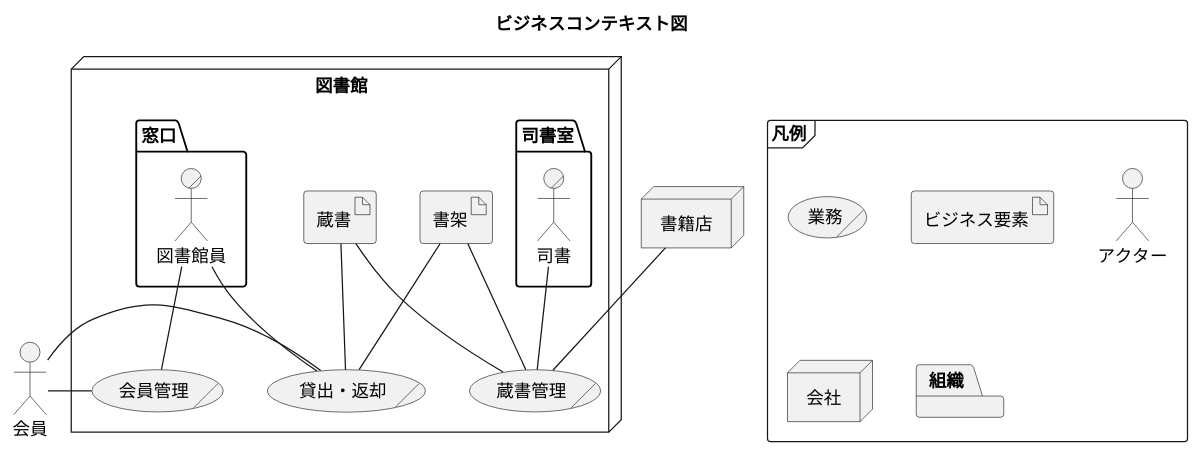
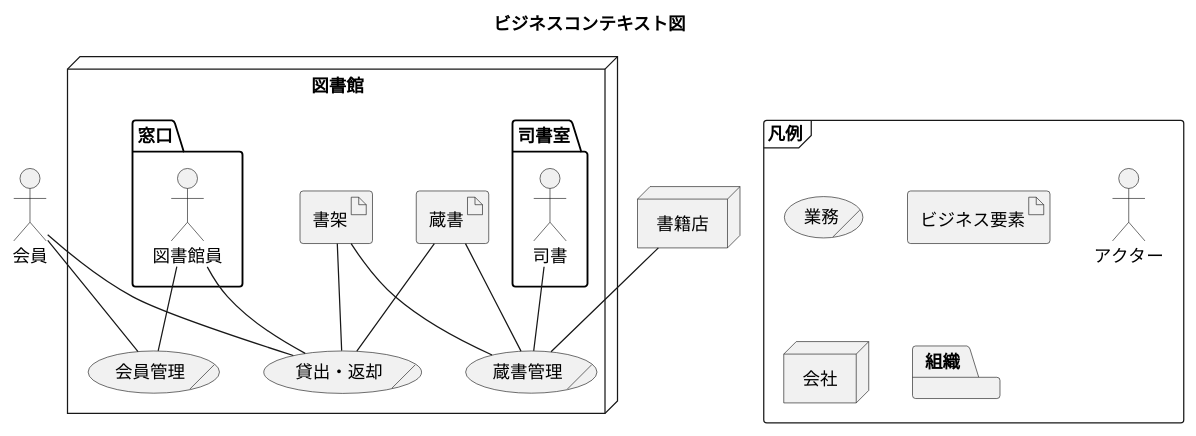
Before and after one commit to yamakenji/RDRA_PlantUML_Template: the diagram in 2_SysytemEnvironment/BusinessContextModel.puml, drawn with PlantUML. The commit also changed 1 other file, not shown here.

```diff
--- a/2_SysytemEnvironment/BusinessContextModel.puml
+++ b/2_SysytemEnvironment/BusinessContextModel.puml
@@ -1,61 +1,61 @@
 @startuml
 
 title "ビジネスコンテキスト図"
 
 frame 凡例 {
   ' 業務
   usecase/ "業務"
 
   ' ビジネス要素
   artifact "ビジネス要素"
 
   ' アクター
   actor "アクター"
 
   ' 会社
   node "会社"
 
   ' 組織
   package "組織"
 }
 
 '''''
 ' 図書館システムの例
 '''''
 
 actor "会員" as Member
 
 node 図書館 {
   Package "窓口" {
-      actor/ "図書館員" as Staff
+      actor "図書館員" as Staff
   }
 
   Package "司書室" {
-      actor/ "司書" as Librarian
+      actor "司書" as Librarian
   }
 
   usecase/ "会員管理" as MemberManagement
   usecase/ "貸出・返却" as LendingAndReturning
   usecase/ "蔵書管理" as CollectionsManagement
 
   artifact "蔵書" as LibraryCollections
   artifact "書架" as Bookshelf
 }
 
 node 書籍店 as BookStore
 
 ' 関連
-Member - MemberManagement
+Member -- MemberManagement
 Staff -- MemberManagement
 
 Member - LendingAndReturning
 Staff -- LendingAndReturning
 LibraryCollections -- LendingAndReturning
 Bookshelf -- LendingAndReturning
 
 LibraryCollections -- CollectionsManagement
 Bookshelf -- CollectionsManagement
 Librarian -- CollectionsManagement
 BookStore -- CollectionsManagement
 
 @enduml
```
